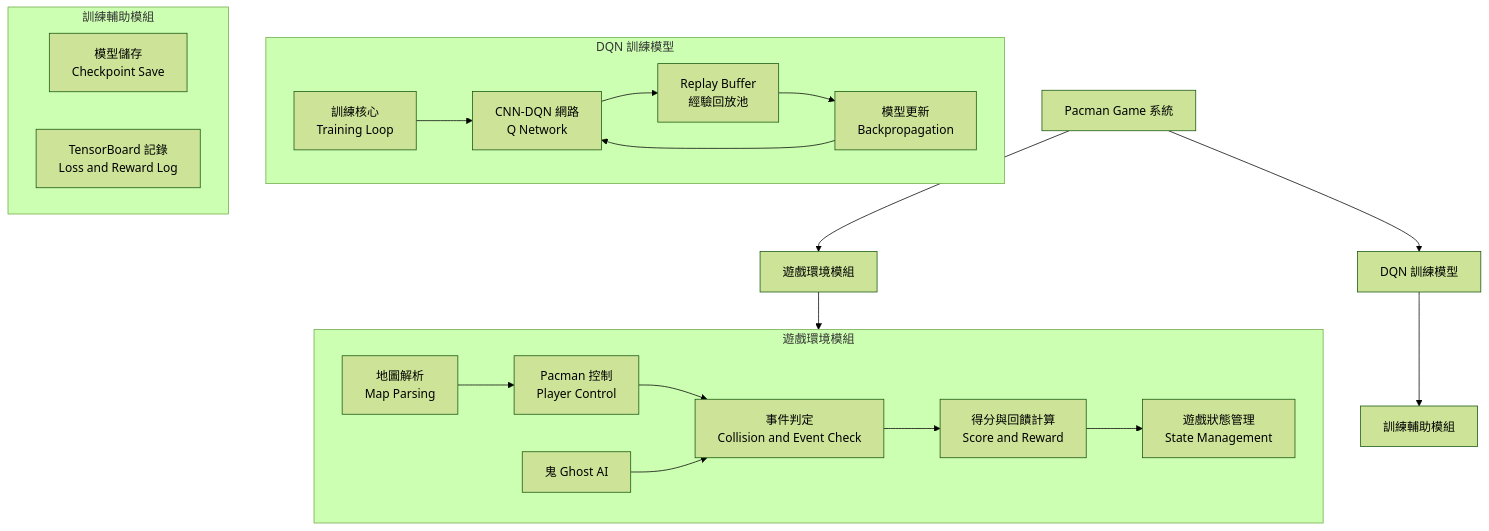
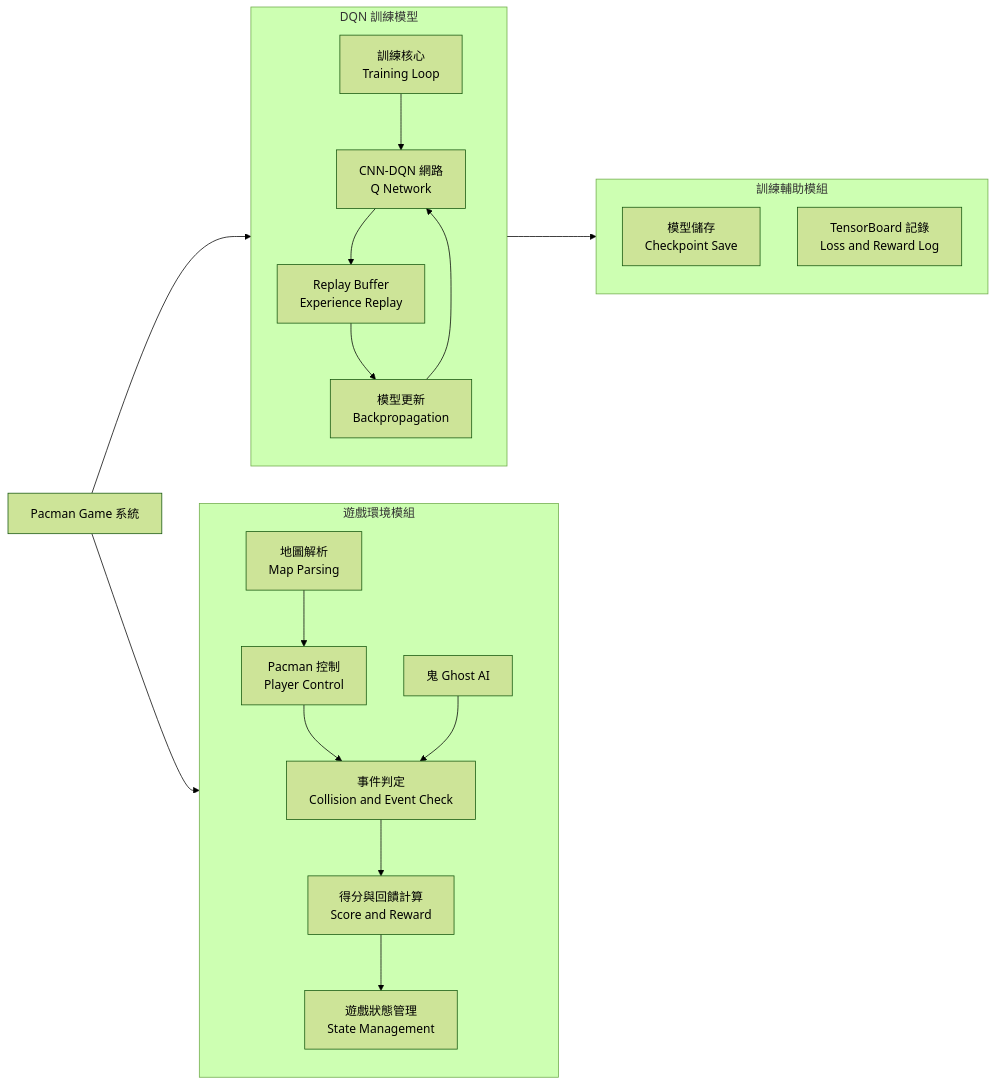
One commit to yucheng384752/Pac-man-of-Machine-Learning-DQN changed the first of 2 diagrams in README.md. Above: the diagram before and after it, drawn with Mermaid (forest theme). The commit also changed other lines of this file, not shown here.

Commit message:
Revise system analysis in README
Updated system analysis diagrams and descriptions for the Pacman game project.

````diff
--- a/README.md
+++ b/README.md
@@ -23,58 +23,55 @@
 ```mermaid
-flowchart TD
+flowchart LR
 
 %% =============================
-%% System Analysis - Breakdown
+%% Core System
 %% =============================
-
 A[Pacman Game 系統]
 
 %% =============================
-%% Game Environment Module
+%% Game Environment (Left)
 %% =============================
-A --> B[遊戲環境模組]
+A --> ENV
 
 subgraph ENV[遊戲環境模組]
-    B1[地圖解析<br/>Map Parsing]
-    B2[事件判定<br/>Collision and Event Check]
-    B3[Pacman 控制<br/>Player Control]
-    B4[鬼 Ghost AI]
-    B5[遊戲狀態管理<br/>State Management]
-    B6[得分與回饋計算<br/>Score and Reward]
+    E1[地圖解析<br/>Map Parsing]
+    E2[Pacman 控制<br/>Player Control]
+    E3[鬼 Ghost AI]
+    E4[事件判定<br/>Collision and Event Check]
+    E5[得分與回饋計算<br/>Score and Reward]
+    E6[遊戲狀態管理<br/>State Management]
 
-    B1 --> B3
-    B3 --> B2
-    B4 --> B2
-    B2 --> B6
-    B6 --> B5
-end
-
-B --> ENV
-
-%% =============================
-%% DQN Training Model
-%% =============================
-A --> C[DQN 訓練模型]
-
-subgraph DQN[DQN 訓練模型]
-    C1[訓練核心<br/>Training Loop]
-    C2[CNN-DQN 網路<br/>Q Network]
-    C3[Replay Buffer<br/>經驗回放池]
-    C4[模型更新<br/>Backpropagation]
-
-    C1 --> C2
-    C2 --> C3
-    C3 --> C4
-    C4 --> C2
+    E1 --> E2
+    E2 --> E4
+    E3 --> E4
+    E4 --> E5
+    E5 --> E6
 end
 
 %% =============================
-%% Training Utilities
+%% DQN Training Model (Right)
 %% =============================
-C --> D[訓練輔助模組]
+A --> DQN
+
+subgraph DQN[DQN 訓練模型]
+    D1[訓練核心<br/>Training Loop]
+    D2[CNN-DQN 網路<br/>Q Network]
+    D3[Replay Buffer<br/>Experience Replay]
+    D4[模型更新<br/>Backpropagation]
+
+    D1 --> D2
+    D2 --> D3
+    D3 --> D4
+    D4 --> D2
+end
+
+%% =============================
+%% Training Utilities (Far Right)
+%% =============================
+DQN --> UTIL
 
 subgraph UTIL[訓練輔助模組]
-    D1[模型儲存<br/>Checkpoint Save]
-    D2[TensorBoard 記錄<br/>Loss and Reward Log]
+    U1[模型儲存<br/>Checkpoint Save]
+    U2[TensorBoard 記錄<br/>Loss and Reward Log]
 end
 ```
````
